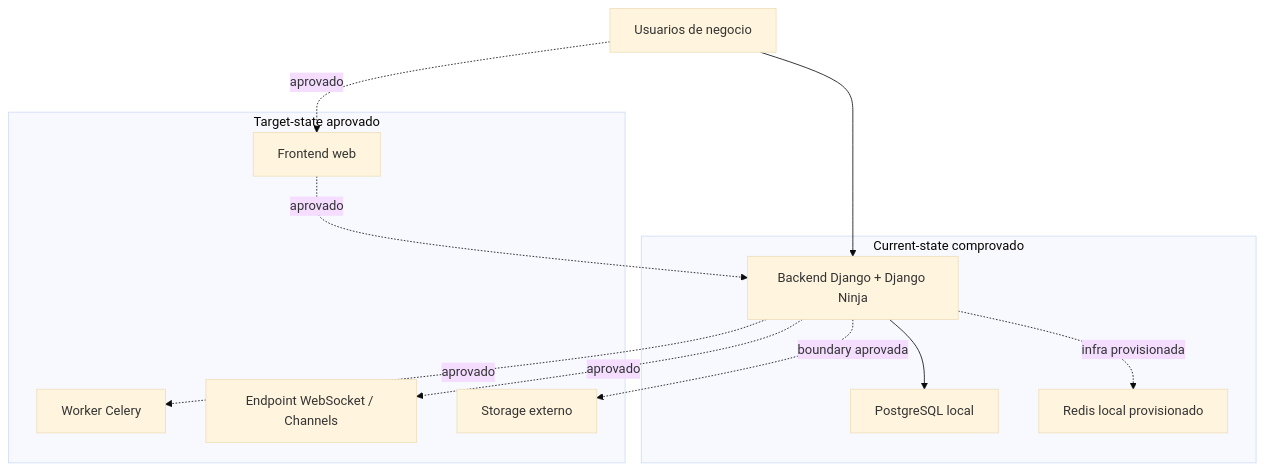
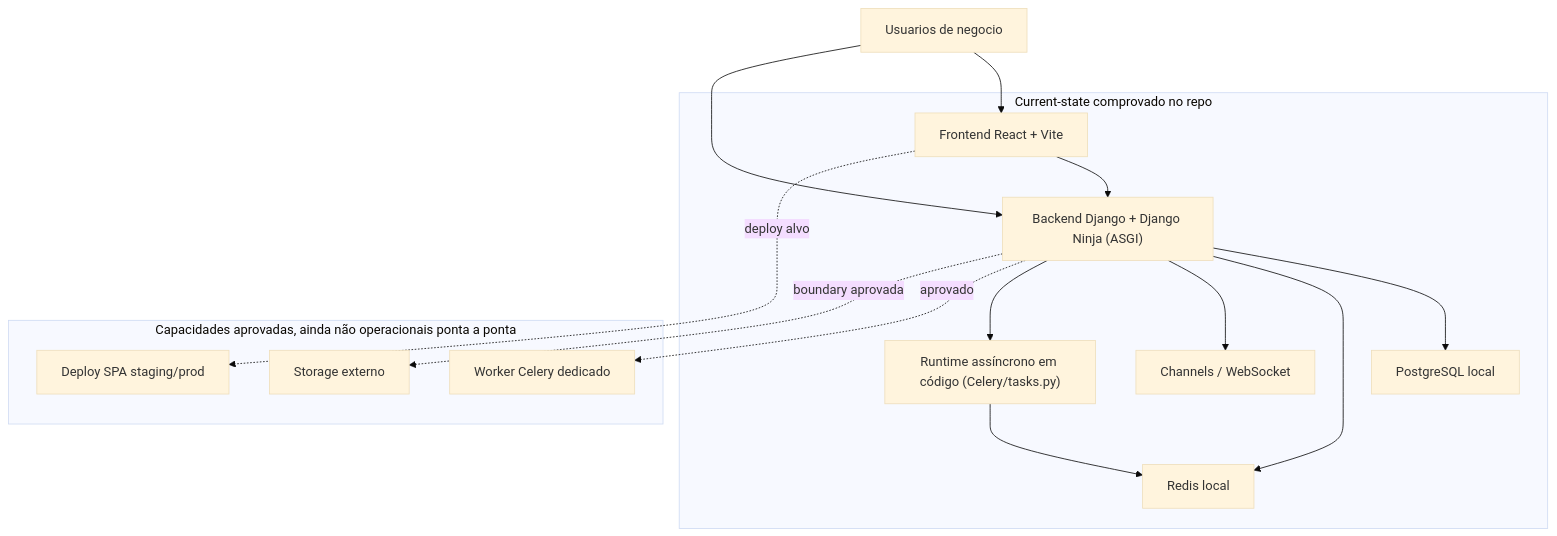
The diagram in docs/_canon/C4_CONTAINERS.md (hbtrack/official), drawn with Mermaid (base theme) before and after one commit. The commit also changed other lines of this file and 169 other files, not shown here.

First line of the commit message:
fix(architecture): C4 reality alignment — backend hardening + docs sync (#92)

````diff
--- a/docs/_canon/C4_CONTAINERS.md
+++ b/docs/_canon/C4_CONTAINERS.md
@@ -41,27 +44,32 @@
 ```mermaid
 flowchart TB
   user["Usuarios de negocio"]
 
-  subgraph current["Current-state comprovado"]
-    api["Backend Django + Django Ninja"]
+  subgraph current["Current-state comprovado no repo"]
+    web["Frontend React + Vite"]
+    api["Backend Django + Django Ninja (ASGI)"]
+    ws["Channels / WebSocket"]
     db["PostgreSQL local"]
-    redis["Redis local provisionado"]
+    redis["Redis local"]
+    tasks["Runtime assíncrono em código (Celery/tasks.py)"]
   end
 
-  subgraph target["Target-state aprovado"]
-    web["Frontend web"]
-    worker["Worker Celery"]
-    ws["Endpoint WebSocket / Channels"]
+  subgraph target["Capacidades aprovadas, ainda não operacionais ponta a ponta"]
+    worker_prod["Worker Celery dedicado"]
     storage["Storage externo"]
+    web_prod["Deploy SPA staging/prod"]
   end
 
+  user --> web
   user --> api
+  web --> api
   api --> db
-  api -. infra provisionada .-> redis
+  api --> redis
+  api --> ws
+  api --> tasks
+  tasks --> redis
 
-  user -. aprovado .-> web
-  web -. aprovado .-> api
-  api -. aprovado .-> worker
-  api -. aprovado .-> ws
+  api -. aprovado .-> worker_prod
   api -. boundary aprovada .-> storage
+  web -. deploy alvo .-> web_prod
 ```
````
